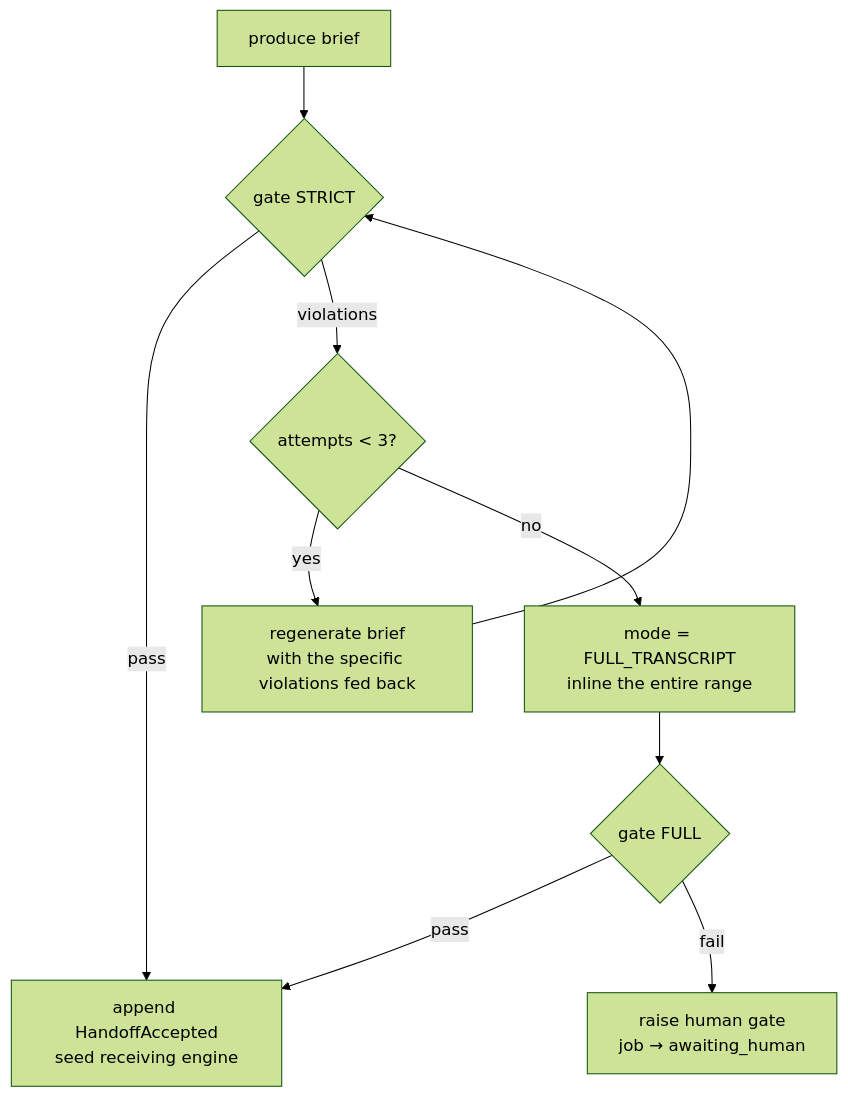
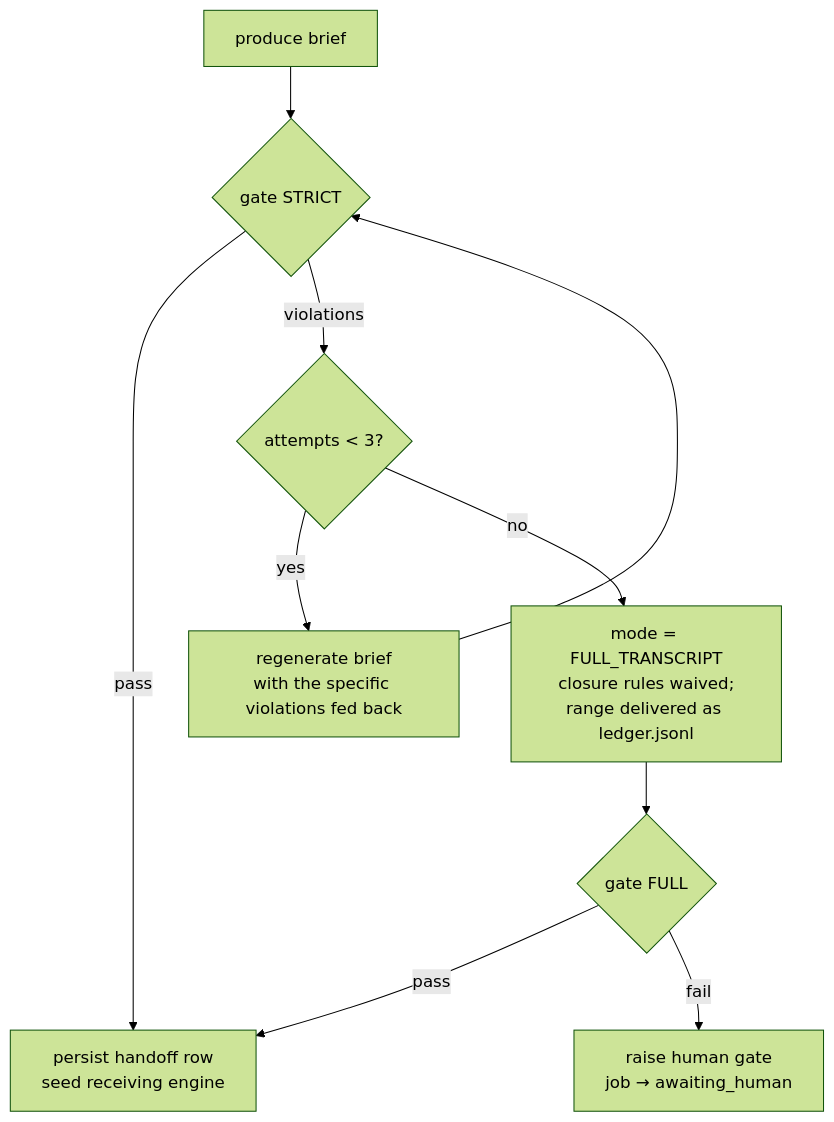
The second of 2 diagrams in docs/plans/handoff-protocol.md (adammatthewsteinberger/vibey), drawn with Mermaid (forest theme) before and after one commit. The commit also changed other lines of this file and 103 other files, not shown here.

````diff
--- a/docs/plans/handoff-protocol.md
+++ b/docs/plans/handoff-protocol.md
@@ -339,12 +476,12 @@
 ```mermaid
 flowchart TD
     A["produce brief"] --> B{"gate STRICT"}
-    B -->|pass| Z["append HandoffAccepted<br/>seed receiving engine"]
+    B -->|pass| Z["persist handoff row<br/>seed receiving engine"]
     B -->|violations| C{"attempts < 3?"}
     C -->|yes| D["regenerate brief<br/>with the specific violations fed back"]
     D --> B
-    C -->|no| E["mode = FULL_TRANSCRIPT<br/>inline the entire range"]
+    C -->|no| E["mode = FULL_TRANSCRIPT<br/>closure rules waived;<br/>range delivered as ledger.jsonl"]
     E --> F{"gate FULL"}
     F -->|pass| Z
     F -->|fail| G["raise human gate<br/>job → awaiting_human"]
 ```
````
